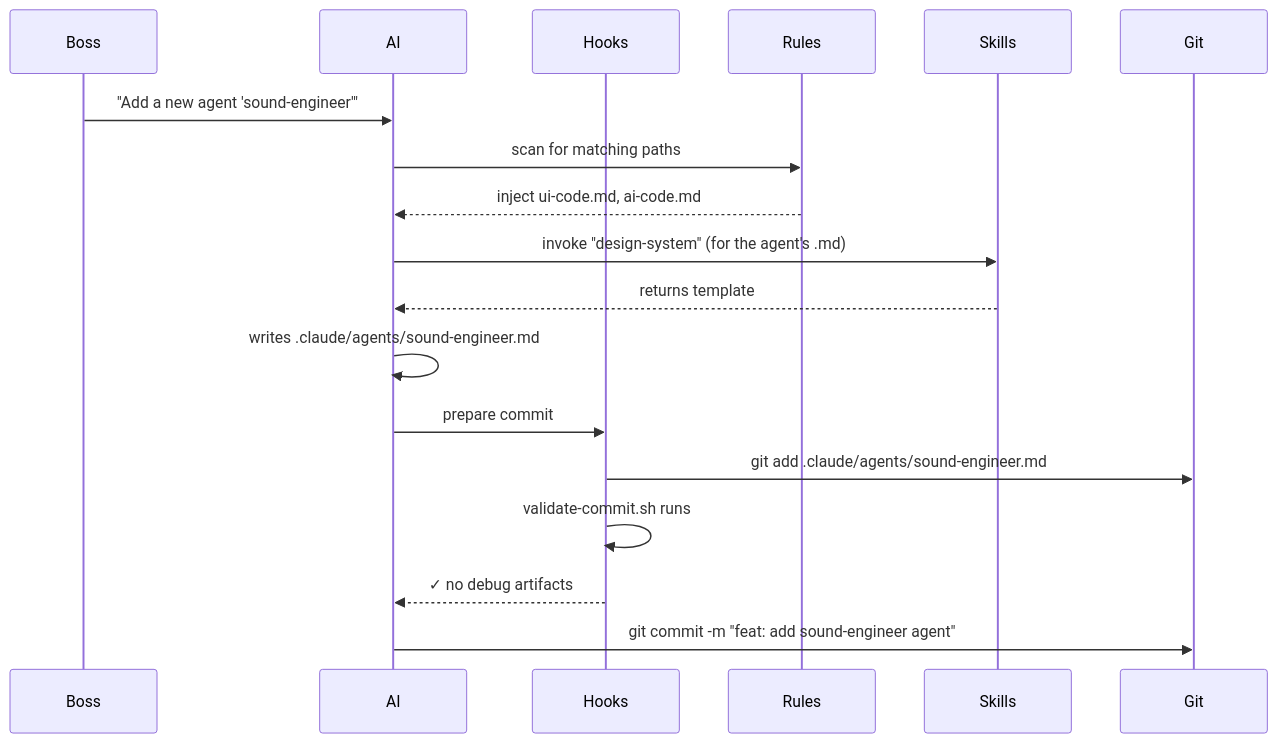
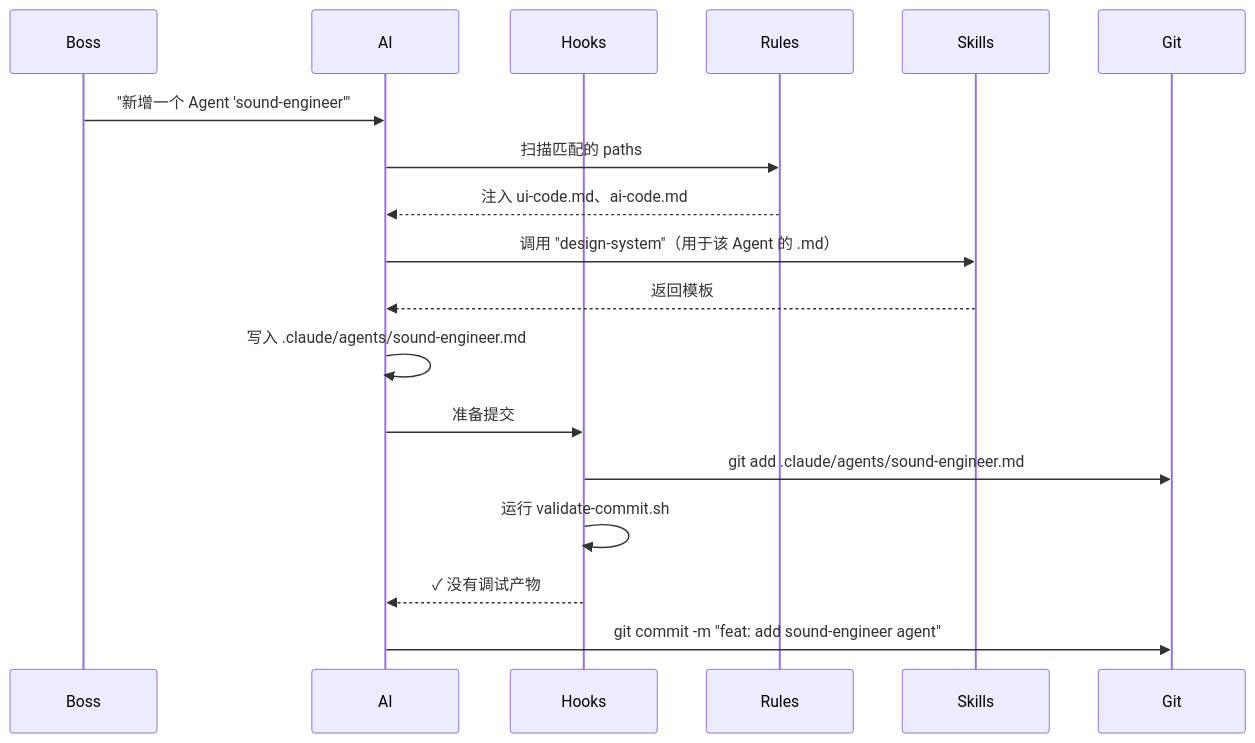
Before and after one commit to YeLuo45/AiGameAgent-design: the diagram in docs-site/docs/12-hooks-rules-skills.md, drawn with Mermaid. The commit also changed other lines of this file and 16 other files, not shown here.

````diff
--- a/docs-site/docs/12-hooks-rules-skills.md
+++ b/docs-site/docs/12-hooks-rules-skills.md
@@ -229,21 +229,21 @@
 ```mermaid
 sequenceDiagram
     participant Boss
     participant AI
     participant Hooks
     participant Rules
     participant Skills
     participant Git
 
-    Boss->>AI: "Add a new agent 'sound-engineer'"
-    AI->>Rules: scan for matching paths
-    Rules-->>AI: inject ui-code.md, ai-code.md
-    AI->>Skills: invoke "design-system" (for the agent's .md)
-    Skills-->>AI: returns template
-    AI->>AI: writes .claude/agents/sound-engineer.md
-    AI->>Hooks: prepare commit
+    Boss->>AI: "新增一个 Agent 'sound-engineer'"
+    AI->>Rules: 扫描匹配的 paths
+    Rules-->>AI: 注入 ui-code.md、ai-code.md
+    AI->>Skills: 调用 "design-system"（用于该 Agent 的 .md）
+    Skills-->>AI: 返回模板
+    AI->>AI: 写入 .claude/agents/sound-engineer.md
+    AI->>Hooks: 准备提交
     Hooks->>Git: git add .claude/agents/sound-engineer.md
-    Hooks->>Hooks: validate-commit.sh runs
-    Hooks-->>AI: ✓ no debug artifacts
+    Hooks->>Hooks: 运行 validate-commit.sh
+    Hooks-->>AI: ✓ 没有调试产物
     AI->>Git: git commit -m "feat: add sound-engineer agent"
 ```
````
